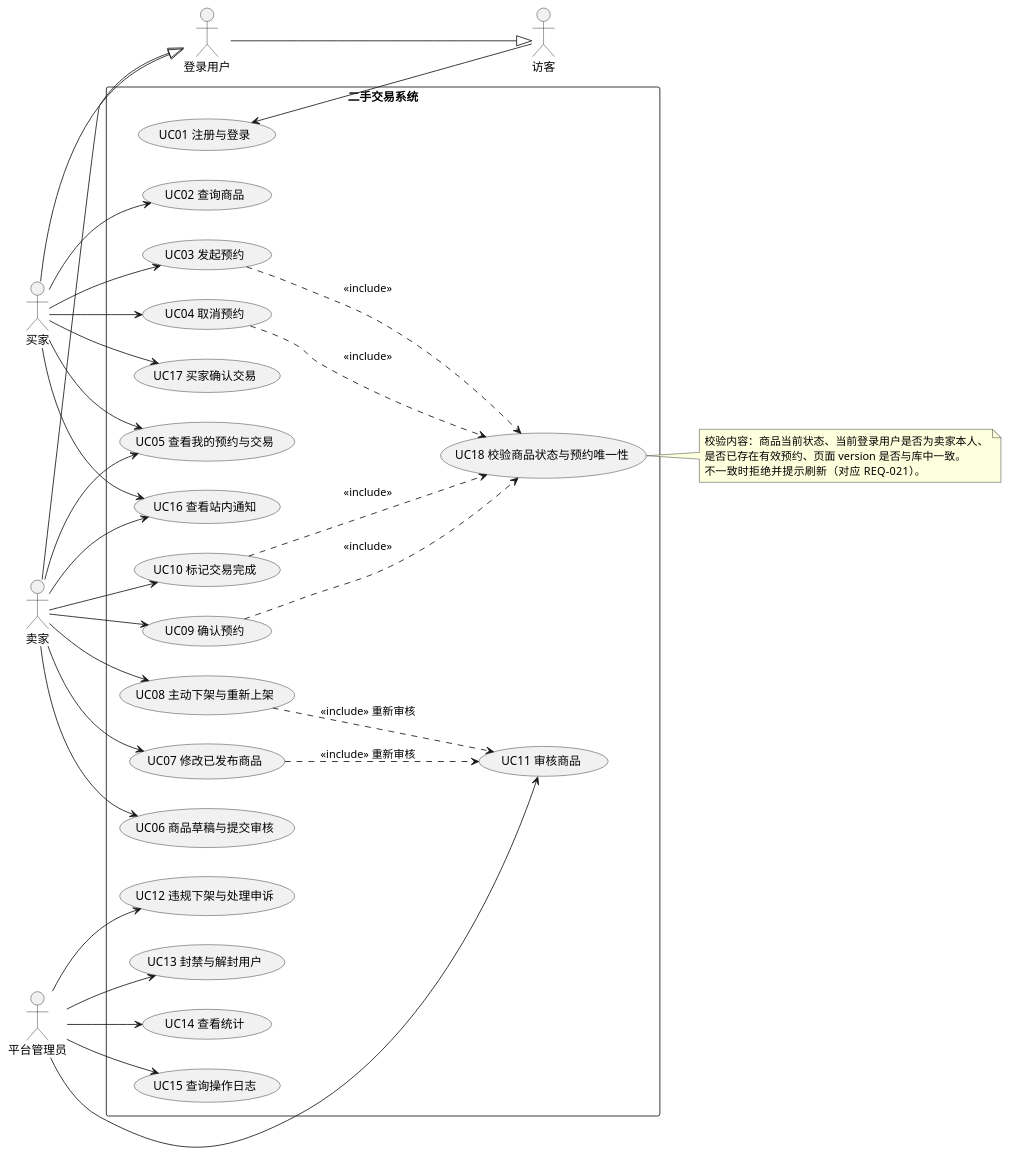
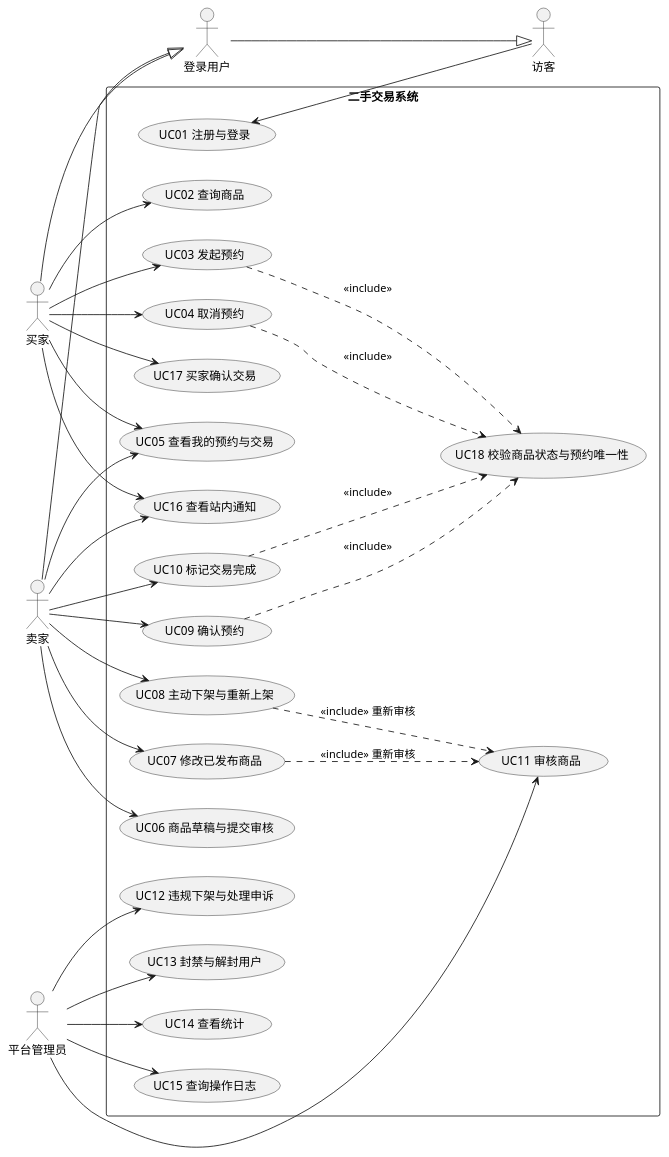
The diagram in UML/UML用例图.puml (zhley/SE_Lab), drawn with PlantUML before and after one commit. The commit also changed 4 other files, not shown here.

```diff
--- a/UML/UML用例图.puml
+++ b/UML/UML用例图.puml
@@ -1,73 +1,67 @@
 @startuml UML用例图
 skinparam defaultFontName "Microsoft YaHei"
 left to right direction
 skinparam packageStyle rectangle
 
 actor "访客" as Guest
 actor "登录用户" as User
 actor "买家" as Buyer
 actor "卖家" as Seller
 actor "平台管理员" as Admin
 
 User --|> Guest
 Buyer --|> User
 Seller --|> User
 
 rectangle "二手交易系统" {
   usecase "UC01 注册与登录" as UC01
   usecase "UC02 查询商品" as UC02
   usecase "UC03 发起预约" as UC03
   usecase "UC04 取消预约" as UC04
   usecase "UC05 查看我的预约与交易" as UC05
   usecase "UC06 商品草稿与提交审核" as UC06
   usecase "UC07 修改已发布商品" as UC07
   usecase "UC08 主动下架与重新上架" as UC08
   usecase "UC09 确认预约" as UC09
   usecase "UC10 标记交易完成" as UC10
   usecase "UC11 审核商品" as UC11
   usecase "UC12 违规下架与处理申诉" as UC12
   usecase "UC13 封禁与解封用户" as UC13
   usecase "UC14 查看统计" as UC14
   usecase "UC15 查询操作日志" as UC15
   usecase "UC16 查看站内通知" as UC16
   usecase "UC17 买家确认交易" as UC17
   usecase "UC18 校验商品状态与预约唯一性" as UC18
 }
 
 Guest --> UC01
 
 Buyer --> UC02
 Buyer --> UC03
 Buyer --> UC04
 Buyer --> UC05
 Buyer --> UC16
 Buyer --> UC17
 
 Seller --> UC05
 Seller --> UC06
 Seller --> UC07
 Seller --> UC08
 Seller --> UC09
 Seller --> UC10
 Seller --> UC16
 
 Admin --> UC11
 Admin --> UC12
 Admin --> UC13
 Admin --> UC14
 Admin --> UC15
 
 UC03 ..> UC18 : <<include>>
 UC04 ..> UC18 : <<include>>
 UC09 ..> UC18 : <<include>>
 UC10 ..> UC18 : <<include>>
 UC07 ..> UC11 : <<include>> 重新审核
 UC08 ..> UC11 : <<include>> 重新审核
 
-note right of UC18
-  校验内容：商品当前状态、当前登录用户是否为卖家本人、
-  是否已存在有效预约、页面 version 是否与库中一致。
-  不一致时拒绝并提示刷新（对应 REQ-021）。
-end note
-
 @enduml
```
